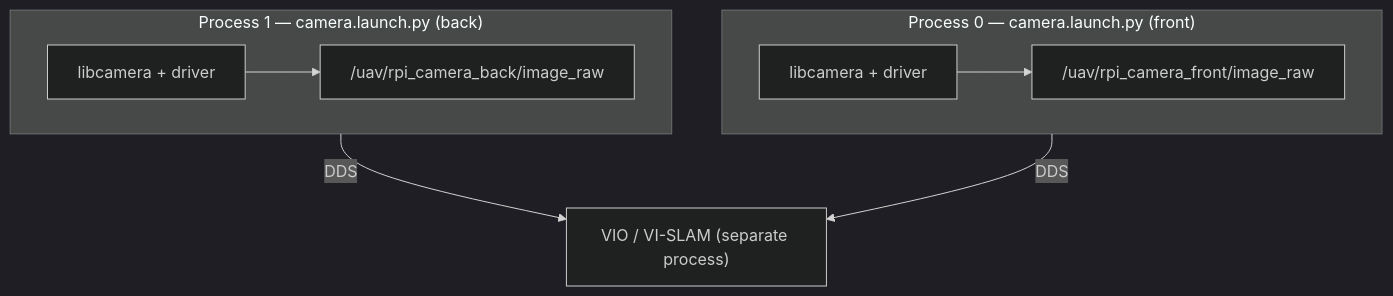
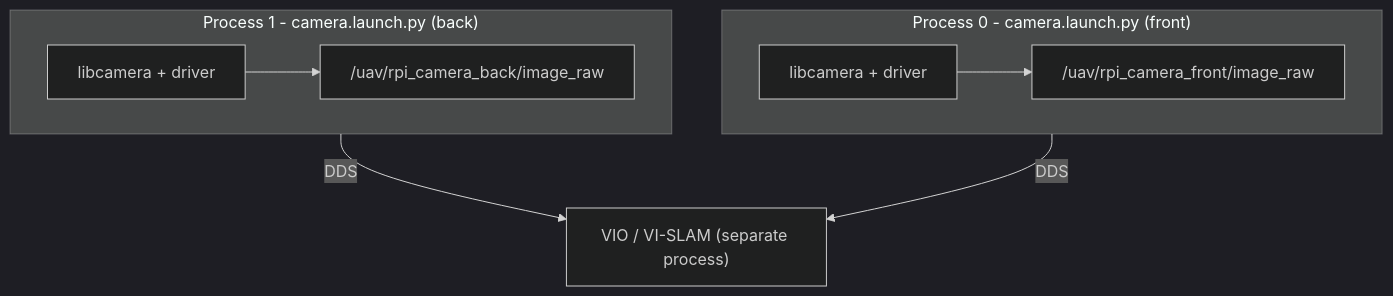
One commit to ctu-mrs/libcamera_ros_driver changed the third of 3 diagrams in README.md. Above: the diagram before and after it, drawn with Mermaid (dark theme). The commit also changed other lines of this file, not shown here.

````diff
--- a/README.md
+++ b/README.md
@@ -83,13 +83,13 @@
 ```mermaid
 flowchart TB
-  subgraph P0["Process 0 — camera.launch.py (front)"]
+  subgraph P0["Process 0 - camera.launch.py (front)"]
     direction LR
     C0["libcamera + driver"] --> T0["/uav/rpi_camera_front/image_raw"]
   end
-  subgraph P1["Process 1 — camera.launch.py (back)"]
+  subgraph P1["Process 1 - camera.launch.py (back)"]
     direction LR
     C1["libcamera + driver"] --> T1["/uav/rpi_camera_back/image_raw"]
   end
   T0 -->|DDS| V["VIO / VI-SLAM (separate process)"]
   T1 -->|DDS| V
 ```
````
